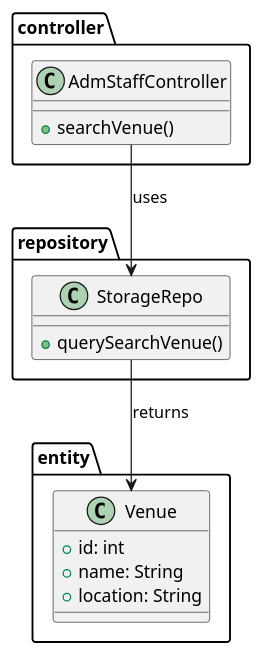
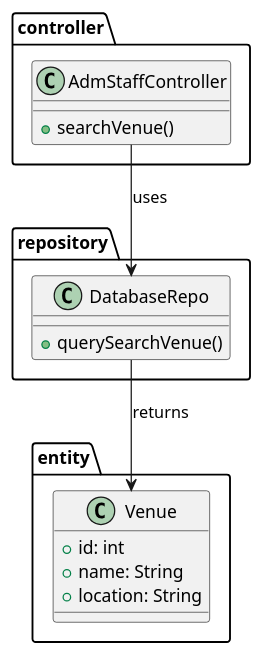
One commit to iamSlightlyWind/Legacy changed the diagram in SWD392/class_diagrams/47_search_venue.puml. Above: the diagram before and after it, drawn with PlantUML. The commit also changed 9 other files, not shown here.

```diff
--- a/SWD392/class_diagrams/47_search_venue.puml
+++ b/SWD392/class_diagrams/47_search_venue.puml
@@ -1,24 +1,24 @@
 @startuml
 package controller {
     class AdmStaffController {
         +searchVenue()
     }
 }
 
 package repository {
-    class StorageRepo {
+    class DatabaseRepo {
         +querySearchVenue()
     }
 }
 
 package entity {
     class Venue {
         +id: int
         +name: String
         +location: String
     }
 }
 
-AdmStaffController --> StorageRepo : uses
-StorageRepo --> Venue : returns
+AdmStaffController --> DatabaseRepo : uses
+DatabaseRepo --> Venue : returns
 @enduml
```
